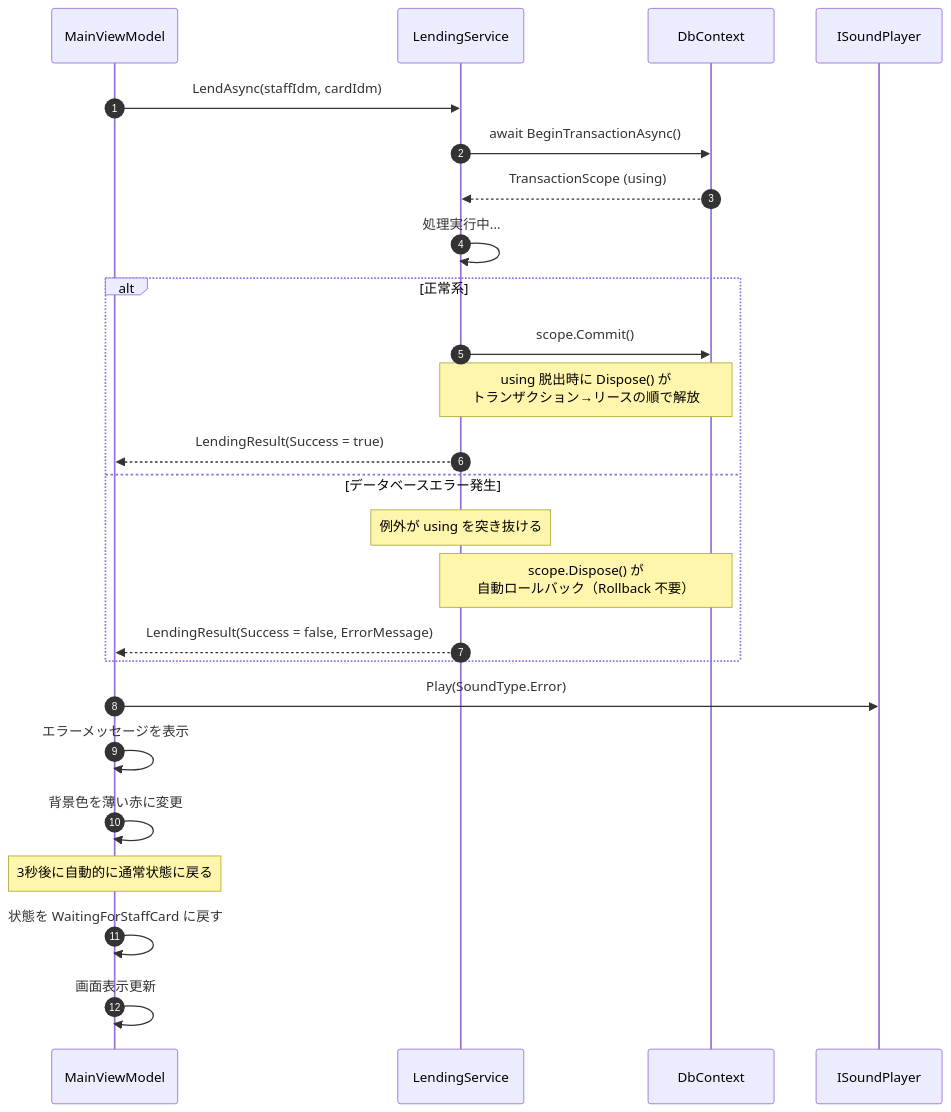
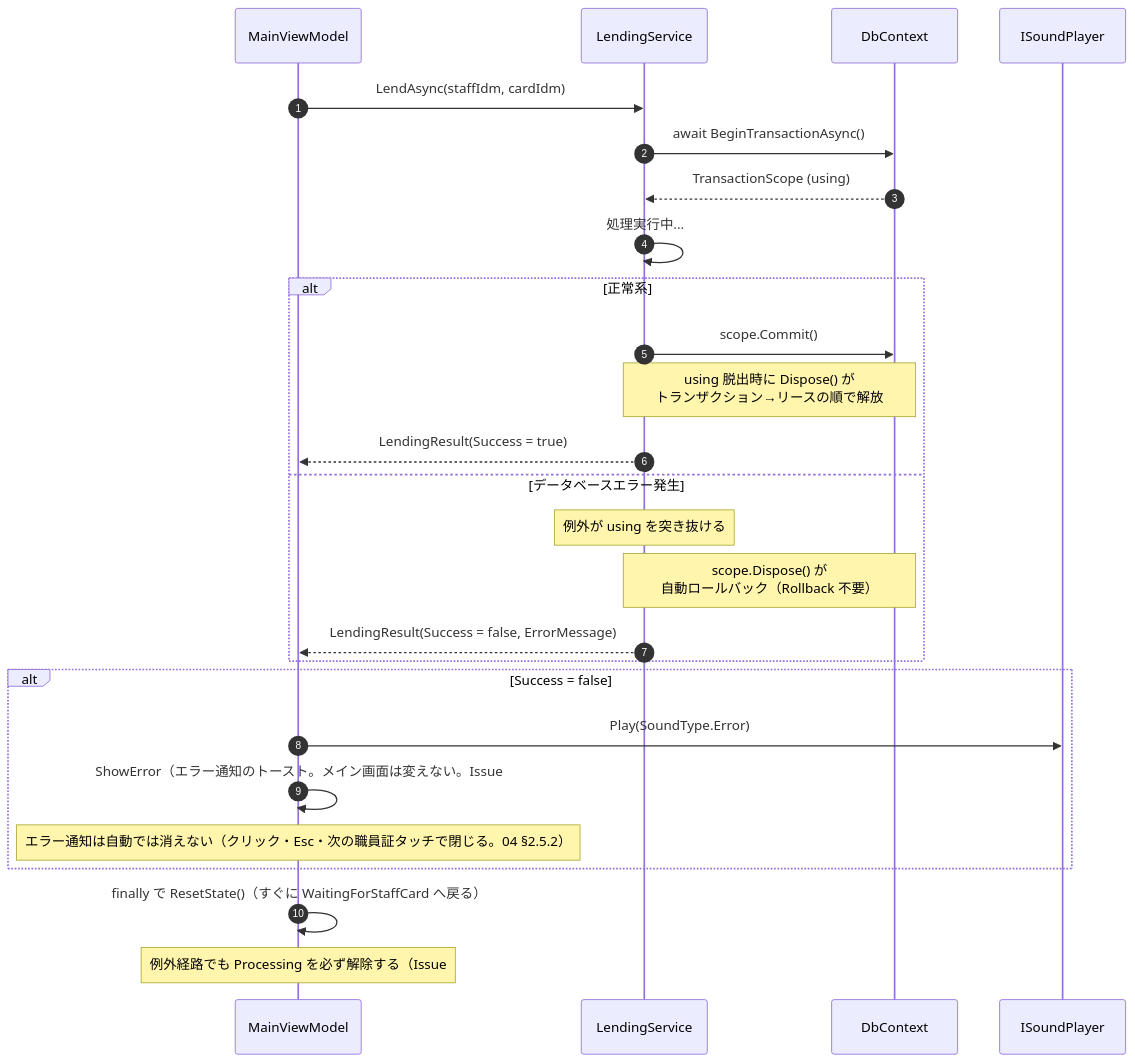
One commit to kuwayamamasayuki/ICCardManager changed the eighth of 17 diagrams in ICCardManager/docs/design/06_シーケンス図.md. Above: the diagram before and after it, drawn with Mermaid. The commit also changed other lines of this file and 3 other files, not shown here.

First line of the commit message:
docs: シーケンス図（06）の記述を現在の実装に合わせた（#2310）

````diff
--- a/ICCardManager/docs/design/06_シーケンス図.md
+++ b/ICCardManager/docs/design/06_シーケンス図.md
@@ -474,34 +540,34 @@
 ```mermaid
 sequenceDiagram
     autonumber
     participant VM as MainViewModel
     participant LS as LendingService
     participant DB as DbContext
     participant Sound as ISoundPlayer
 
     VM->>LS: LendAsync(staffIdm, cardIdm)
 
     LS->>DB: await BeginTransactionAsync()
     DB-->>LS: TransactionScope (using)
 
     LS->>LS: 処理実行中...
 
     alt 正常系
         LS->>DB: scope.Commit()
         Note over LS,DB: using 脱出時に Dispose() が<br/>トランザクション→リースの順で解放
         LS-->>VM: LendingResult(Success = true)
     else データベースエラー発生
         Note over LS: 例外が using を突き抜ける
         Note over LS,DB: scope.Dispose() が<br/>自動ロールバック（Rollback 不要）
         LS-->>VM: LendingResult(Success = false, ErrorMessage)
     end
 
-    VM->>Sound: Play(SoundType.Error)
-    VM->>VM: エラーメッセージを表示
-    VM->>VM: 背景色を薄い赤に変更
+    alt Success = false
+        VM->>Sound: Play(SoundType.Error)
+        VM->>VM: ShowError（エラー通知のトースト。メイン画面は変えない。Issue #186）
+        Note over VM: エラー通知は自動では消えない（クリック・Esc・次の職員証タッチで閉じる。04 §2.5.2）
+    end
 
-    Note over VM: 3秒後に自動的に通常状態に戻る
-
-    VM->>VM: 状態を WaitingForStaffCard に戻す
-    VM->>VM: 画面表示更新
+    VM->>VM: finally で ResetState()（すぐに WaitingForStaffCard へ戻る）
+    Note over VM: 例外経路でも Processing を必ず解除する（Issue #1725）
 ```
````
